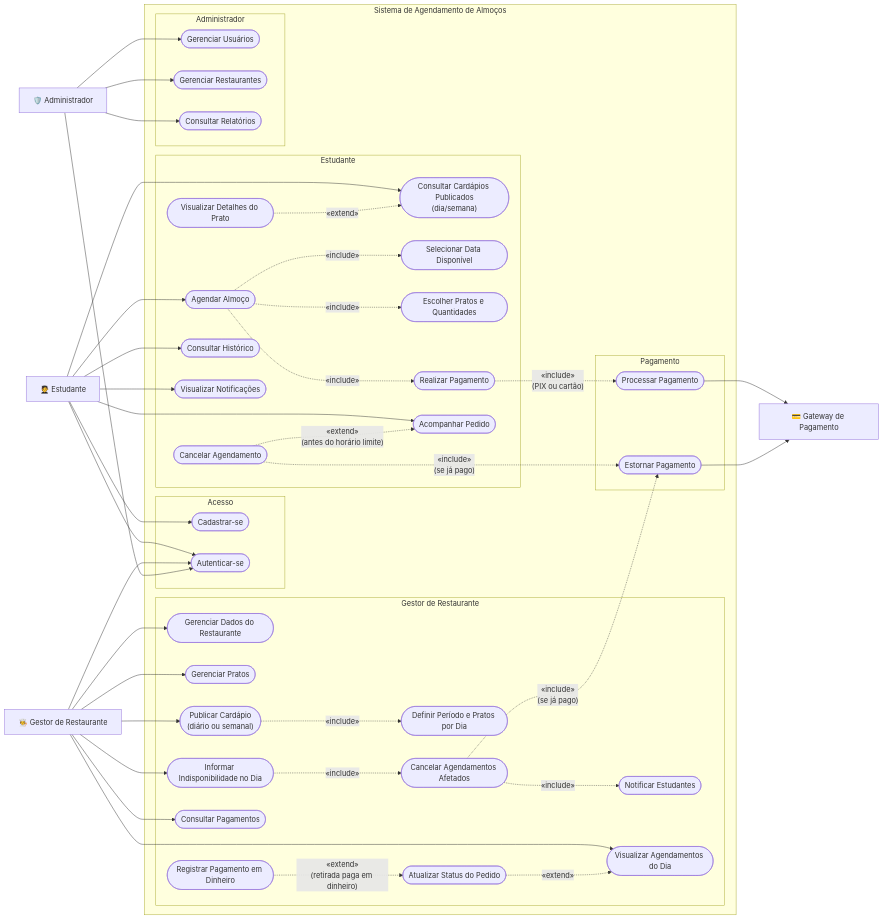
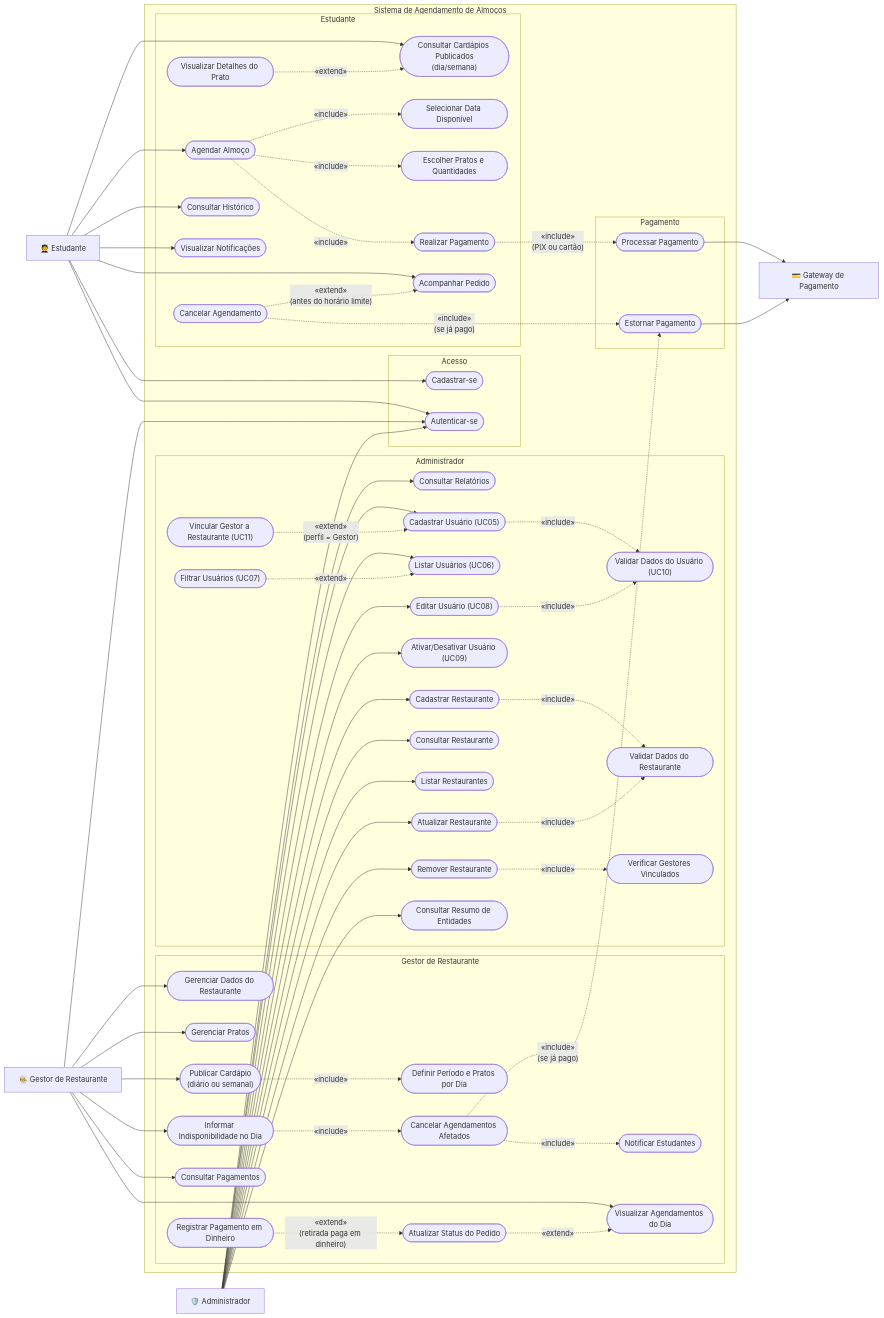
The third of 3 diagrams in docs/04-casos-de-uso/README.md (henriquesantos007/Sistema-de-Agendamento-de-Almoco), drawn with Mermaid before and after one commit. The commit also changed other lines of this file and 1 other file, not shown here.

Commit message:
docs(casos-de-uso): detalhar fluxos de usuários e restaurantes

```diff
--- a/docs/04-casos-de-uso/README.md
+++ b/docs/04-casos-de-uso/README.md
@@ -170,9 +172,22 @@
         end
 
         subgraph adminUC["Administrador"]
-            UC_Usuarios(["Gerenciar Usuários"])
-            UC_Restaurantes(["Gerenciar Restaurantes"])
             UC_Relatorios(["Consultar Relatórios"])
+            UC_CadastrarUsuario(["Cadastrar Usuário (UC05)"])
+            UC_ListarUsuarios(["Listar Usuários (UC06)"])
+            UC_FiltrarUsuarios(["Filtrar Usuários (UC07)"])
+            UC_EditarUsuario(["Editar Usuário (UC08)"])
+            UC_AtivarDesativar(["Ativar/Desativar Usuário (UC09)"])
+            UC_ValidarUsuario(["Validar Dados do Usuário (UC10)"])
+            UC_VincularGestor(["Vincular Gestor a Restaurante (UC11)"])
+            UC12(["Cadastrar Restaurante"])
+            UC13(["Consultar Restaurante"])
+            UC14(["Listar Restaurantes"])
+            UC15(["Atualizar Restaurante"])
+            UC16(["Remover Restaurante"])
+            UC17(["Consultar Resumo de Entidades"])
+            UC18(["Validar Dados do Restaurante"])
+            UC19(["Verificar Gestores Vinculados"])
         end
 
         subgraph pagamentoUC["Pagamento"]
@@ -213,9 +228,25 @@
 
     %% Administrador
     admin --> UC_Login
-    admin --> UC_Usuarios
-    admin --> UC_Restaurantes
     admin --> UC_Relatorios
+    admin --> UC_CadastrarUsuario
+    admin --> UC_ListarUsuarios
+    admin --> UC_EditarUsuario
+    admin --> UC_AtivarDesativar
+    admin --> UC12
+    admin --> UC13
+    admin --> UC14
+    admin --> UC15
+    admin --> UC16
+    admin --> UC17
+
+    UC_CadastrarUsuario -. "«include»" .-> UC_ValidarUsuario
+    UC_EditarUsuario -. "«include»" .-> UC_ValidarUsuario
+    UC_FiltrarUsuarios -. "«extend»" .-> UC_ListarUsuarios
+    UC_VincularGestor -. "«extend»<br/>(perfil = Gestor)" .-> UC_CadastrarUsuario
+    UC12 -. "«include»" .-> UC18
+    UC15 -. "«include»" .-> UC18
+    UC16 -. "«include»" .-> UC19
 
     %% Pagamento
     UC_Pagar -. "«include»<br/>(PIX ou cartão)" .-> UC_Processar
```
